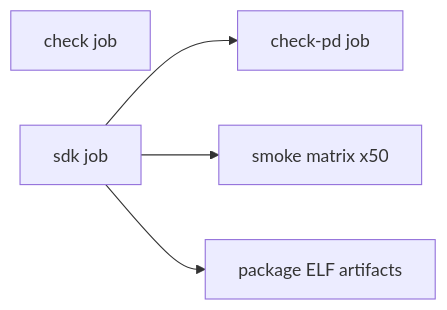
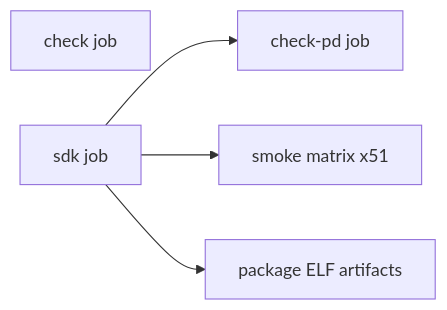
One commit to julerex/lerux changed the diagram in docs/ci.md. Above: the diagram before and after it, drawn with Mermaid. The commit also changed other lines of this file and 36 other files, not shown here.

First line of the commit message:
Add a LionsOS graphics image that prints the fixture title and a pixel pattern.

````diff
--- a/docs/ci.md
+++ b/docs/ci.md
@@ -13,11 +13,11 @@
 ```mermaid
 flowchart LR
   check[check job]
   sdk[sdk job]
   checkPd[check-pd job]
-  smoke[smoke matrix x50]
+  smoke[smoke matrix x51]
   package[package ELF artifacts]
   sdk --> checkPd
   sdk --> smoke
   sdk --> package
 ```
````
